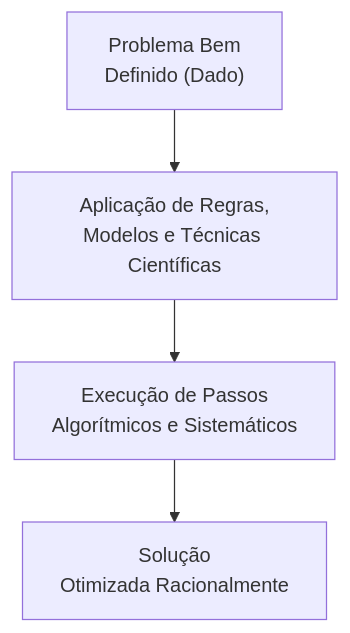
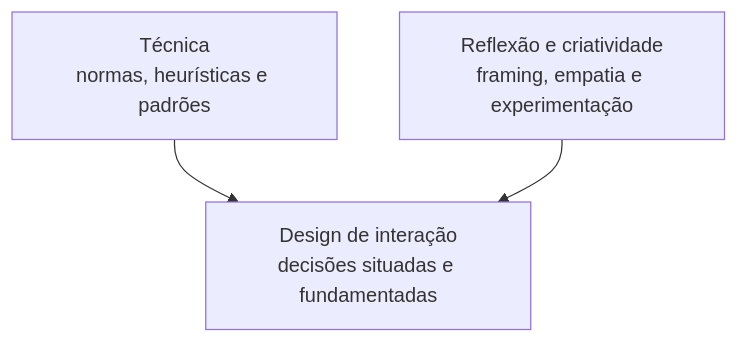
The third of 3 diagrams in 08. Design de Interacao/11. Racionalismo técnico e reflexão em ação - o papel da técnica e da criatividade no design.md (leorruas/puc), drawn with Mermaid before and after one commit. The commit also changed other lines of this file, not shown here.

Commit message:
Normaliza Mermaid de técnica e reflexão em ação

````diff
--- a/08. Design de Interacao/11. Racionalismo técnico e reflexão em ação - o papel da técnica e da criatividade no design.md
+++ b/08. Design de Interacao/11. Racionalismo técnico e reflexão em ação - o papel da técnica e da criatividade no design.md
@@ -44,6 +104,9 @@
 ```mermaid
 flowchart TD
-    A["Problema Bem<br>Definido (Dado)"] --> B["Aplicação de Regras,<br>Modelos e Técnicas Científicas"]
-    B --> C["Execução de Passos<br>Algorítmicos e Sistemáticos"]
-    C --> D["Solução<br>Otimizada Racionalmente"]
+    Tecnica["Técnica<br>normas, heurísticas e padrões"]:::data
+    Criatividade["Reflexão e criatividade<br>framing, empatia e experimentação"]:::component
+    Design["Design de interação<br>decisões situadas e fundamentadas"]:::core
+
+    Tecnica --> Design
+    Criatividade --> Design
 ```
````
